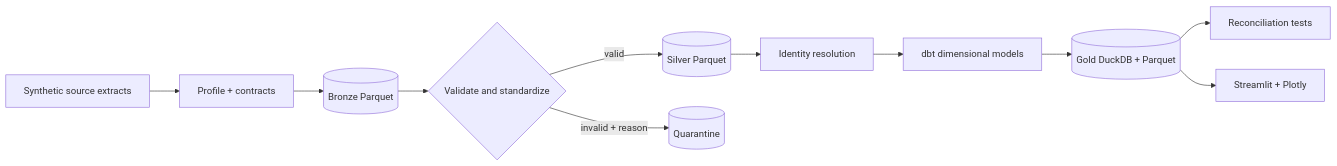
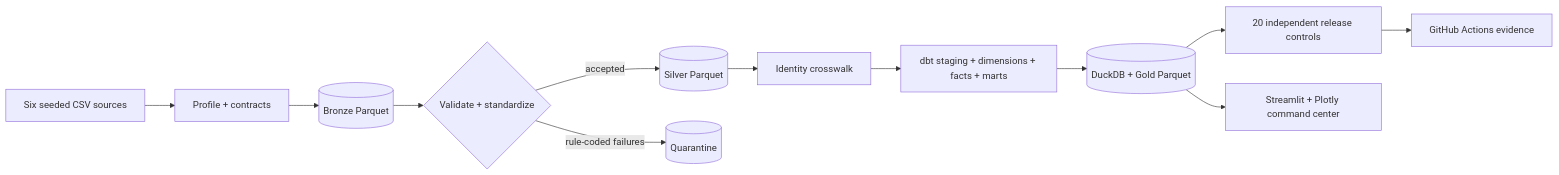
Before and after one commit to aneeshk-ds/fieldforge: the first of 2 diagrams in README.md, drawn with Mermaid. The commit also changed other lines of this file and 1 other file, not shown here.

Commit message:
Polish GitHub portfolio presentation

````diff
--- a/README.md
+++ b/README.md
@@ -168,13 +49,14 @@
 ```mermaid
 flowchart LR
-  G[Synthetic source extracts] --> P[Profile + contracts]
-  P --> B[(Bronze Parquet)]
-  B --> V{Validate and standardize}
-  V -->|valid| S[(Silver Parquet)]
-  V -->|invalid + reason| Q[(Quarantine)]
-  S --> I[Identity resolution]
-  I --> D[dbt dimensional models]
-  D --> K[(Gold DuckDB + Parquet)]
-  K --> R[Reconciliation tests]
-  K --> UI[Streamlit + Plotly]
+  A[Six seeded CSV sources] --> B[Profile + contracts]
+  B --> C[(Bronze Parquet)]
+  C --> D{Validate + standardize}
+  D -->|accepted| E[(Silver Parquet)]
+  D -->|rule-coded failures| Q[(Quarantine)]
+  E --> I[Identity crosswalk]
+  I --> M[dbt staging + dimensions + facts + marts]
+  M --> W[(DuckDB + Gold Parquet)]
+  W --> R[20 independent release controls]
+  W --> UI[Streamlit + Plotly command center]
+  R --> CI[GitHub Actions evidence]
 ```
````
